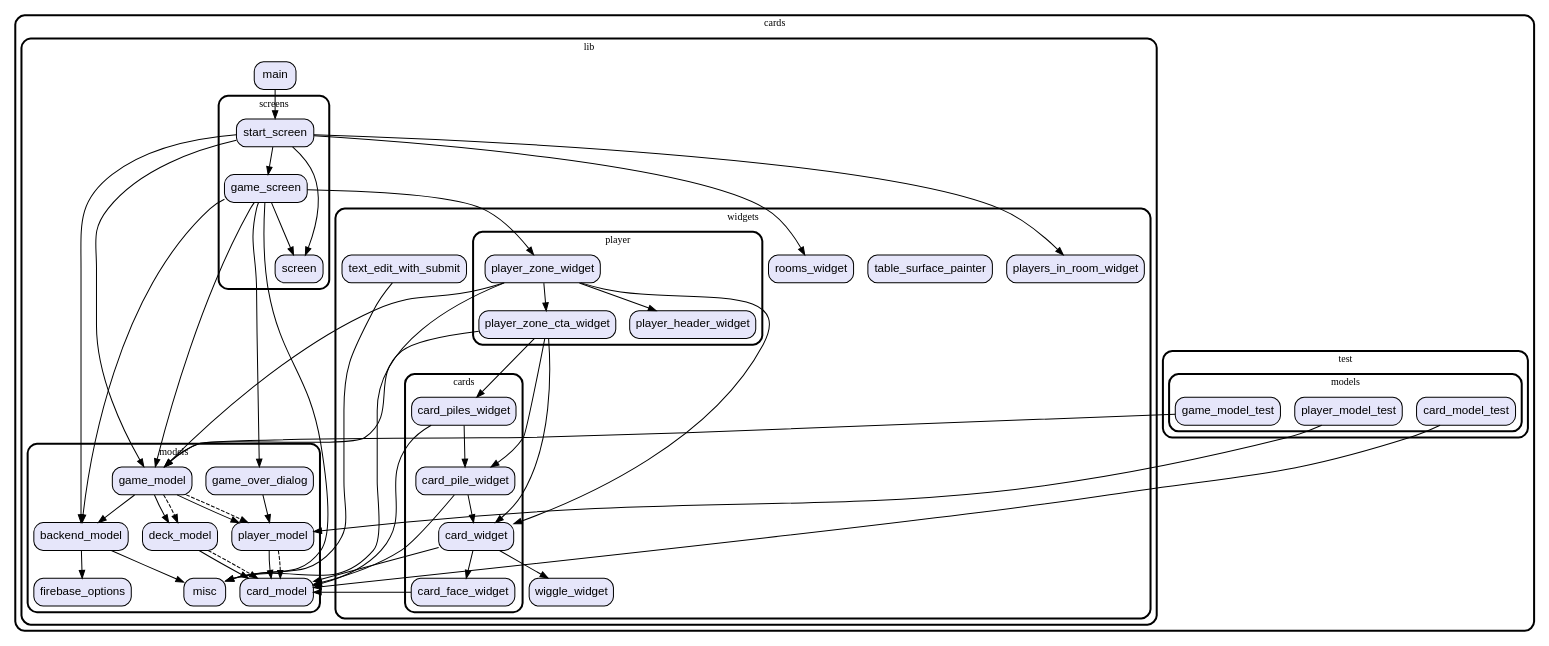
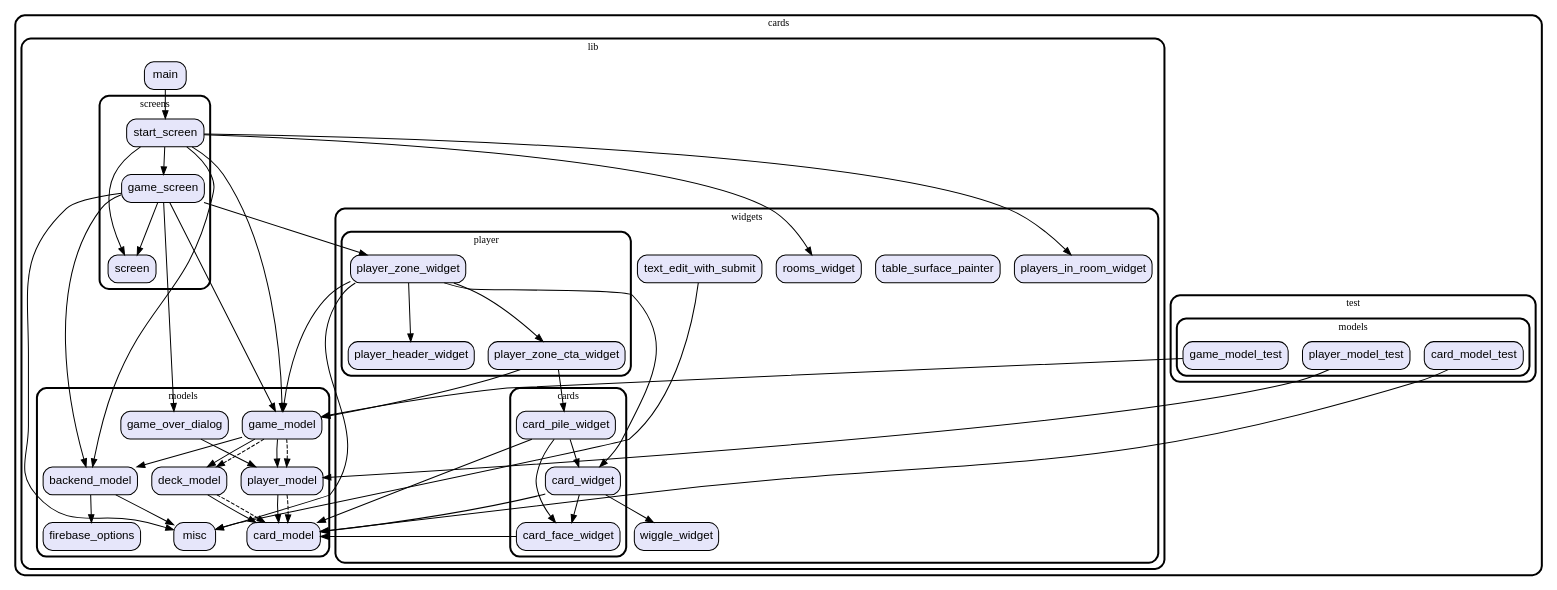
One commit to vteam-com/Cards changed the diagram in graph.dot. Above: the diagram before and after it, drawn with Graphviz. The commit also changed 6 other files, not shown here.

```diff
--- a/graph.dot
+++ b/graph.dot
@@ -1,132 +1,127 @@
 digraph "" {
   graph [style=rounded fontname="Arial Black" fontsize=13 penwidth=2.6];
   node [shape=rect style="filled,rounded" fontname=Arial fontsize=15 fillcolor=Lavender penwidth=1.3];
   edge [penwidth=1.3];
   "/test/models/game_model_test.dart" [label="game_model_test"];
   "/test/models/player_model_test.dart" [label="player_model_test"];
   "/test/models/card_model_test.dart" [label="card_model_test"];
   "/lib/models/game_model.dart" [label="game_model"];
   "/lib/models/game_over_dialog.dart" [label="game_over_dialog"];
   "/lib/models/firebase_options.dart" [label="firebase_options"];
   "/lib/models/player_model.dart" [label="player_model"];
   "/lib/models/misc.dart" [label="misc"];
   "/lib/models/card_model.dart" [label="card_model"];
   "/lib/models/backend_model.dart" [label="backend_model"];
   "/lib/models/deck_model.dart" [label="deck_model"];
   "/lib/screens/game_screen.dart" [label="game_screen"];
   "/lib/screens/start_screen.dart" [label="start_screen"];
   "/lib/screens/screen.dart" [label="screen"];
   "/lib/main.dart" [label="main"];
   "/lib/widgets/table_surface_painter.dart" [label="table_surface_painter"];
   "/lib/widgets/cards/card_pile_widget.dart" [label="card_pile_widget"];
   "/lib/widgets/cards/card_widget.dart" [label="card_widget"];
   "/lib/widgets/cards/card_face_widget.dart" [label="card_face_widget"];
-  "/lib/widgets/cards/card_piles_widget.dart" [label="card_piles_widget"];
   "/lib/widgets/wiggle_widget.dart" [label="wiggle_widget"];
   "/lib/widgets/players_in_room_widget.dart" [label="players_in_room_widget"];
   "/lib/widgets/text_edit_with_submit.dart" [label="text_edit_with_submit"];
   "/lib/widgets/rooms_widget.dart" [label="rooms_widget"];
   "/lib/widgets/player/player_zone_cta_widget.dart" [label="player_zone_cta_widget"];
   "/lib/widgets/player/player_header_widget.dart" [label="player_header_widget"];
   "/lib/widgets/player/player_zone_widget.dart" [label="player_zone_widget"];
   subgraph "cluster~" {
     label="cards";
     subgraph "cluster~/test" {
       label="test";
       subgraph "cluster~/test/models" {
         label="models";
         "/test/models/game_model_test.dart";
         "/test/models/player_model_test.dart";
         "/test/models/card_model_test.dart";
       }
     }
     subgraph "cluster~/lib" {
       label="lib";
       "/lib/main.dart";
       subgraph "cluster~/lib/models" {
         label="models";
         "/lib/models/game_model.dart";
         "/lib/models/game_over_dialog.dart";
         "/lib/models/firebase_options.dart";
         "/lib/models/player_model.dart";
         "/lib/models/misc.dart";
         "/lib/models/card_model.dart";
         "/lib/models/backend_model.dart";
         "/lib/models/deck_model.dart";
       }
       subgraph "cluster~/lib/screens" {
         label="screens";
         "/lib/screens/game_screen.dart";
         "/lib/screens/start_screen.dart";
         "/lib/screens/screen.dart";
       }
       subgraph "cluster~/lib/widgets" {
         label="widgets";
         "/lib/widgets/table_surface_painter.dart";
         "/lib/widgets/wiggle_widget.dart";
         "/lib/widgets/players_in_room_widget.dart";
         "/lib/widgets/text_edit_with_submit.dart";
         "/lib/widgets/rooms_widget.dart";
         subgraph "cluster~/lib/widgets/cards" {
           label="cards";
           "/lib/widgets/cards/card_pile_widget.dart";
           "/lib/widgets/cards/card_widget.dart";
           "/lib/widgets/cards/card_face_widget.dart";
-          "/lib/widgets/cards/card_piles_widget.dart";
         }
         subgraph "cluster~/lib/widgets/player" {
           label="player";
           "/lib/widgets/player/player_zone_cta_widget.dart";
           "/lib/widgets/player/player_header_widget.dart";
           "/lib/widgets/player/player_zone_widget.dart";
         }
       }
     }
   }
   "/test/models/game_model_test.dart" -> "/lib/models/game_model.dart";
   "/test/models/player_model_test.dart" -> "/lib/models/player_model.dart";
   "/test/models/card_model_test.dart" -> "/lib/models/card_model.dart";
   "/lib/models/game_model.dart" -> "/lib/models/backend_model.dart";
   "/lib/models/game_model.dart" -> "/lib/models/deck_model.dart";
   "/lib/models/game_model.dart" -> "/lib/models/player_model.dart";
   "/lib/models/game_model.dart" -> "/lib/models/deck_model.dart" [style=dashed];
   "/lib/models/game_model.dart" -> "/lib/models/player_model.dart" [style=dashed];
   "/lib/models/game_over_dialog.dart" -> "/lib/models/player_model.dart";
   "/lib/models/player_model.dart" -> "/lib/models/card_model.dart";
   "/lib/models/player_model.dart" -> "/lib/models/card_model.dart" [style=dashed];
   "/lib/models/backend_model.dart" -> "/lib/models/firebase_options.dart";
   "/lib/models/backend_model.dart" -> "/lib/models/misc.dart";
   "/lib/models/deck_model.dart" -> "/lib/models/card_model.dart";
   "/lib/models/deck_model.dart" -> "/lib/models/card_model.dart" [style=dashed];
   "/lib/screens/game_screen.dart" -> "/lib/models/backend_model.dart";
   "/lib/screens/game_screen.dart" -> "/lib/models/game_model.dart";
   "/lib/screens/game_screen.dart" -> "/lib/models/game_over_dialog.dart";
   "/lib/screens/game_screen.dart" -> "/lib/models/misc.dart";
   "/lib/screens/game_screen.dart" -> "/lib/screens/screen.dart";
   "/lib/screens/game_screen.dart" -> "/lib/widgets/player/player_zone_widget.dart";
   "/lib/screens/start_screen.dart" -> "/lib/models/backend_model.dart";
   "/lib/screens/start_screen.dart" -> "/lib/models/game_model.dart";
   "/lib/screens/start_screen.dart" -> "/lib/screens/game_screen.dart";
   "/lib/screens/start_screen.dart" -> "/lib/screens/screen.dart";
   "/lib/screens/start_screen.dart" -> "/lib/widgets/players_in_room_widget.dart";
   "/lib/screens/start_screen.dart" -> "/lib/widgets/rooms_widget.dart";
   "/lib/main.dart" -> "/lib/screens/start_screen.dart";
   "/lib/widgets/cards/card_pile_widget.dart" -> "/lib/models/card_model.dart";
+  "/lib/widgets/cards/card_pile_widget.dart" -> "/lib/widgets/cards/card_face_widget.dart";
   "/lib/widgets/cards/card_pile_widget.dart" -> "/lib/widgets/cards/card_widget.dart";
   "/lib/widgets/cards/card_widget.dart" -> "/lib/models/card_model.dart";
   "/lib/widgets/cards/card_widget.dart" -> "/lib/widgets/cards/card_face_widget.dart";
   "/lib/widgets/cards/card_widget.dart" -> "/lib/widgets/wiggle_widget.dart";
   "/lib/widgets/cards/card_face_widget.dart" -> "/lib/models/card_model.dart";
-  "/lib/widgets/cards/card_piles_widget.dart" -> "/lib/models/card_model.dart";
-  "/lib/widgets/cards/card_piles_widget.dart" -> "/lib/widgets/cards/card_pile_widget.dart";
   "/lib/widgets/text_edit_with_submit.dart" -> "/lib/models/misc.dart";
   "/lib/widgets/player/player_zone_cta_widget.dart" -> "/lib/models/game_model.dart";
   "/lib/widgets/player/player_zone_cta_widget.dart" -> "/lib/widgets/cards/card_pile_widget.dart";
-  "/lib/widgets/player/player_zone_cta_widget.dart" -> "/lib/widgets/cards/card_piles_widget.dart";
-  "/lib/widgets/player/player_zone_cta_widget.dart" -> "/lib/widgets/cards/card_widget.dart";
   "/lib/widgets/player/player_zone_widget.dart" -> "/lib/models/game_model.dart";
   "/lib/widgets/player/player_zone_widget.dart" -> "/lib/models/misc.dart";
   "/lib/widgets/player/player_zone_widget.dart" -> "/lib/widgets/cards/card_widget.dart";
   "/lib/widgets/player/player_zone_widget.dart" -> "/lib/widgets/player/player_header_widget.dart";
   "/lib/widgets/player/player_zone_widget.dart" -> "/lib/widgets/player/player_zone_cta_widget.dart";
 }
```
